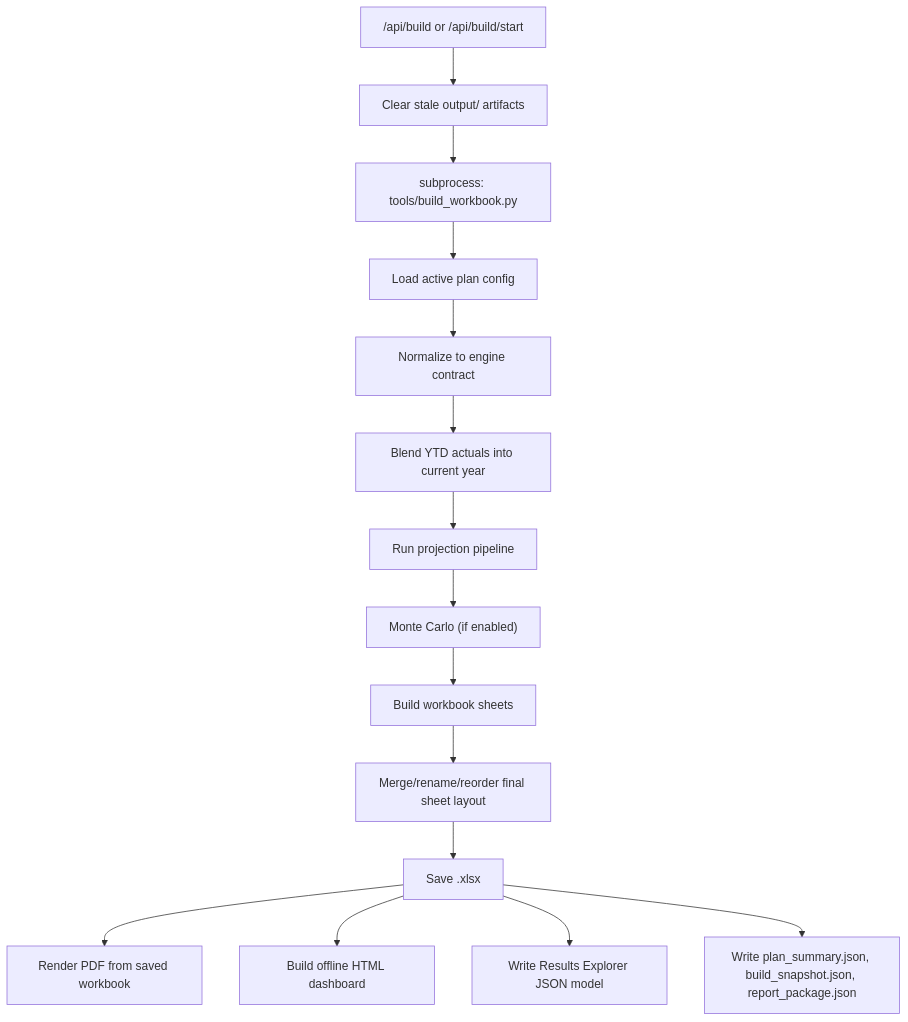
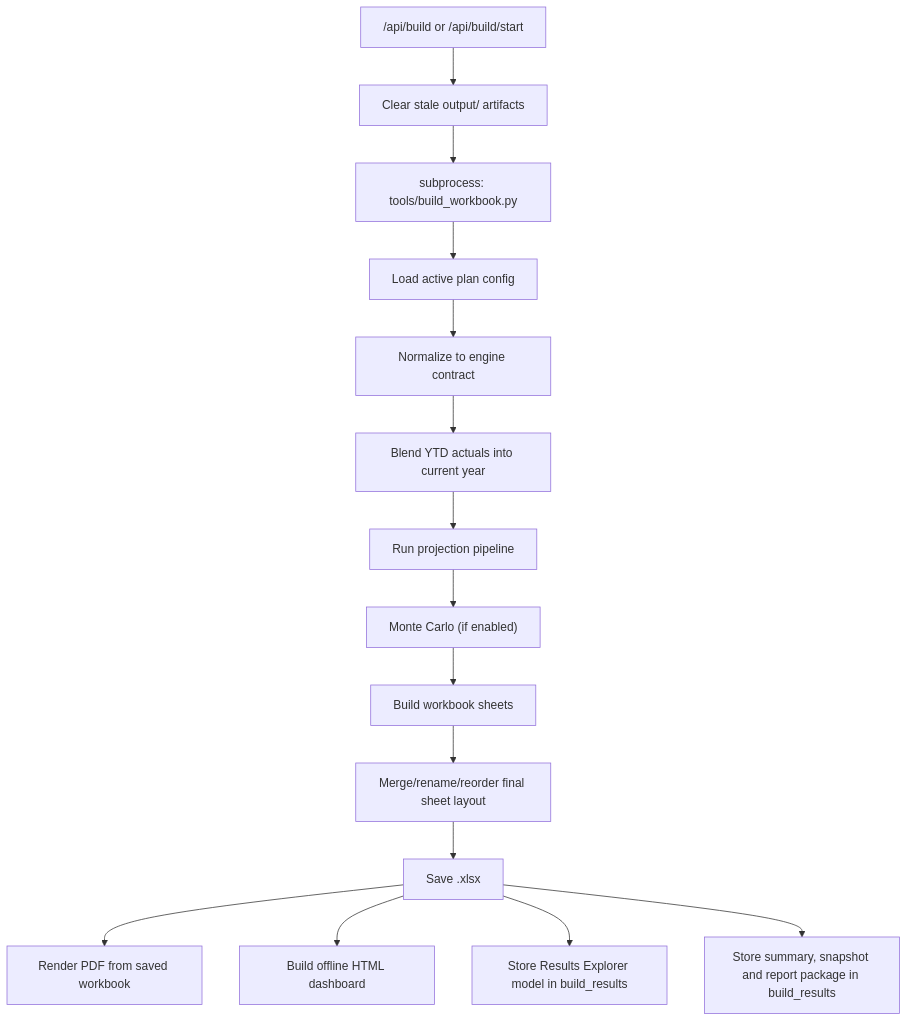
The second of 2 diagrams in documentation/reference/CURRENT_SYSTEM_DESIGN_SPEC.md (matthartzman/retirement_system), drawn with Mermaid before and after one commit. The commit also changed other lines of this file and 9 other files, not shown here.

First line of the commit message:
WP11.5: docs, release notes, diagram label; section 7 status for WP11

````diff
--- a/documentation/reference/CURRENT_SYSTEM_DESIGN_SPEC.md
+++ b/documentation/reference/CURRENT_SYSTEM_DESIGN_SPEC.md
@@ -287,17 +302,17 @@
 ```mermaid
 flowchart TD
     Trigger["/api/build or /api/build/start"] --> Clear["Clear stale output/ artifacts"]
     Clear --> Sub["subprocess: tools/build_workbook.py"]
     Sub --> Load["Load active plan config"]
     Load --> Normalize["Normalize to engine contract"]
     Normalize --> YTD["Blend YTD actuals into current year"]
     YTD --> Project["Run projection pipeline"]
     Project --> MC["Monte Carlo (if enabled)"]
     MC --> Sheets["Build workbook sheets"]
     Sheets --> Structure["Merge/rename/reorder final sheet layout"]
     Structure --> Save["Save .xlsx"]
     Save --> PDF["Render PDF from saved workbook"]
     Save --> HTML["Build offline HTML dashboard"]
-    Save --> JSON["Write Results Explorer JSON model"]
-    Save --> Summary["Write plan_summary.json, build_snapshot.json, report_package.json"]
+    Save --> JSON["Store Results Explorer model in build_results"]
+    Save --> Summary["Store summary, snapshot and report package in build_results"]
 ```
````
